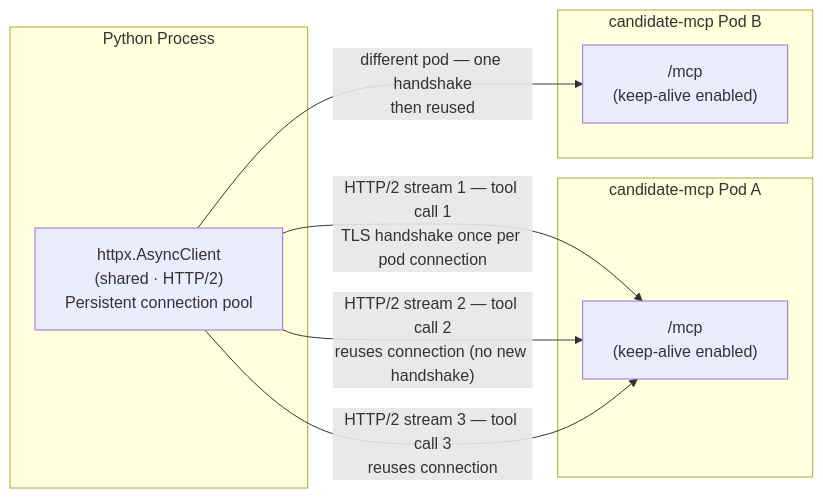
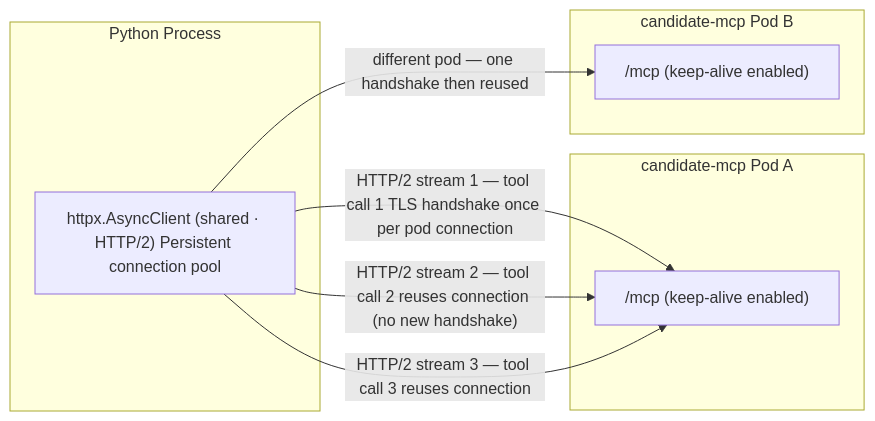
Before and after one commit to venkat-raman17/candidate-agent: diagram 21 of 35 in LLD_POST_APPLY_ASSISTANT.md, drawn with Mermaid. The commit also changed other lines of this file, not shown here.

````diff
--- a/LLD_POST_APPLY_ASSISTANT.md
+++ b/LLD_POST_APPLY_ASSISTANT.md
@@ -1550,17 +1167,17 @@
 ```mermaid
 flowchart LR
     subgraph "Python Process"
-        MC["httpx.AsyncClient\n(shared · HTTP/2)\nPersistent connection pool"]
+        MC["httpx.AsyncClient (shared · HTTP/2) Persistent connection pool"]
     end
     subgraph "candidate-mcp Pod A"
-        EP_A["/mcp\n(keep-alive enabled)"]
+        EP_A["/mcp (keep-alive enabled)"]
     end
     subgraph "candidate-mcp Pod B"
-        EP_B["/mcp\n(keep-alive enabled)"]
+        EP_B["/mcp (keep-alive enabled)"]
     end
 
-    MC -->|"HTTP/2 stream 1 — tool call 1\nTLS handshake once per pod connection"| EP_A
-    MC -->|"HTTP/2 stream 2 — tool call 2\nreuses connection (no new handshake)"| EP_A
-    MC -->|"HTTP/2 stream 3 — tool call 3\nreuses connection"| EP_A
-    MC -->|"different pod — one handshake\nthen reused"| EP_B
+    MC -->|"HTTP/2 stream 1 — tool call 1 TLS handshake once per pod connection"| EP_A
+    MC -->|"HTTP/2 stream 2 — tool call 2 reuses connection (no new handshake)"| EP_A
+    MC -->|"HTTP/2 stream 3 — tool call 3 reuses connection"| EP_A
+    MC -->|"different pod — one handshake then reused"| EP_B
 ```
````
